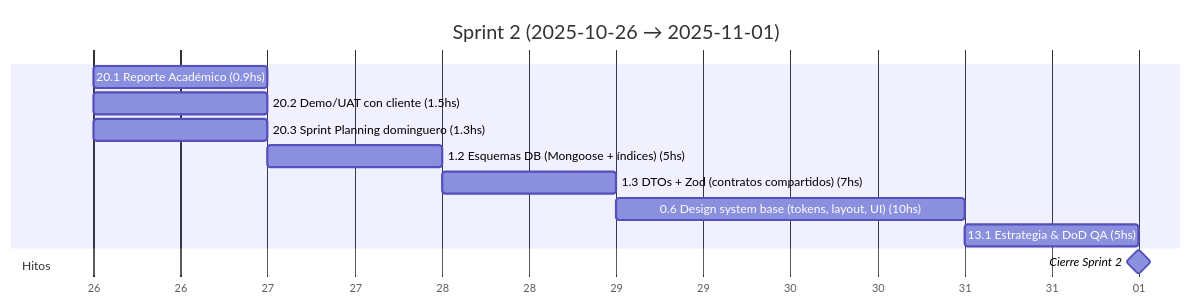
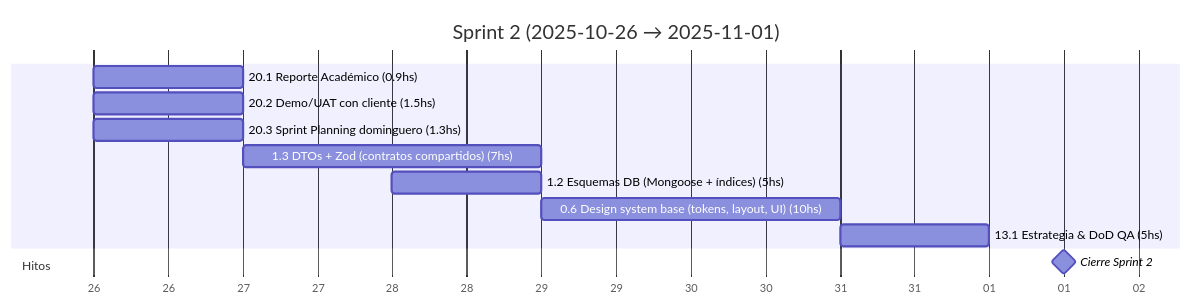
The third of 18 diagrams in docs/SprintsGantts.md (MarkMed/FleetMan), drawn with Mermaid before and after one commit. The commit also changed other lines of this file, not shown here.

Commit message:
Update Gantt chart styles and adjust task durations for Sprint #2

````diff
--- a/docs/SprintsGantts.md
+++ b/docs/SprintsGantts.md
@@ -80,19 +78,19 @@
 ```mermaid
 gantt
   title Sprint 2 (2025-10-26 → 2025-11-01)
   dateFormat  YYYY-MM-DD
   axisFormat  %d
 
   %% Asumimos 5 h/día. Horas estimadas incluidas en el nombre.
 
   20.1 Reporte Académico (0.9hs)               :t201, 2025-10-26, 1d
   20.2 Demo/UAT con cliente (1.5hs)            :t202, 2025-10-26, 1d
   20.3 Sprint Planning dominguero (1.3hs)      :t203, 2025-10-26, 1d
-  1.2 Esquemas DB (Mongoose + índices) (5hs)   :t12, after t203, 1d
-  1.3 DTOs + Zod (contratos compartidos) (7hs) :t13, after t12, 1.4d
+  1.3 DTOs + Zod (contratos compartidos) (7hs) :t13, 2025-10-27, 2d
+  1.2 Esquemas DB (Mongoose + índices) (5hs)   :t12, 2025-10-28, 1d
   0.6 Design system base (tokens, layout, UI) (10hs) :t06, after t13, 2d
   13.1 Estrategia & DoD QA (5hs)               :t131, after t06, 1d
 
   section Hitos
-  Cierre Sprint 2                              :milestone, s2, 2025-11-01, 0d
+  Cierre Sprint 2                              :milestone, s2, 2025-11-01, 1d
 ```
````
